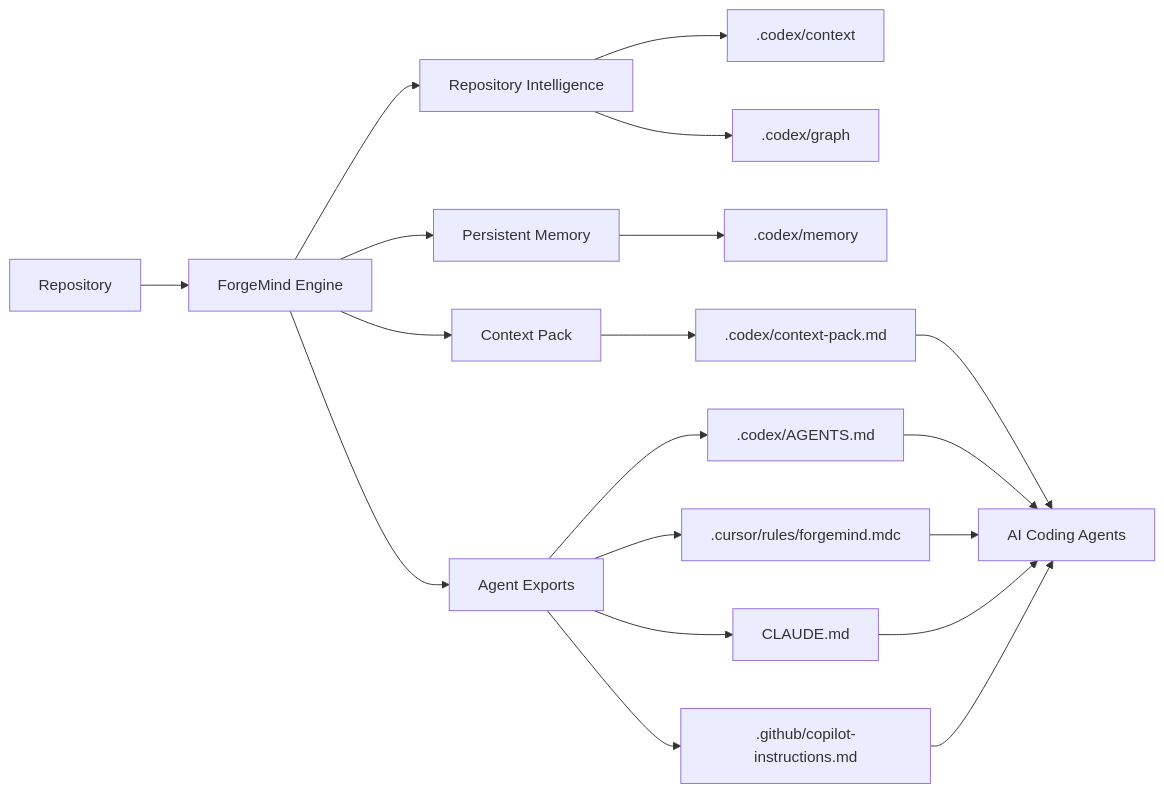
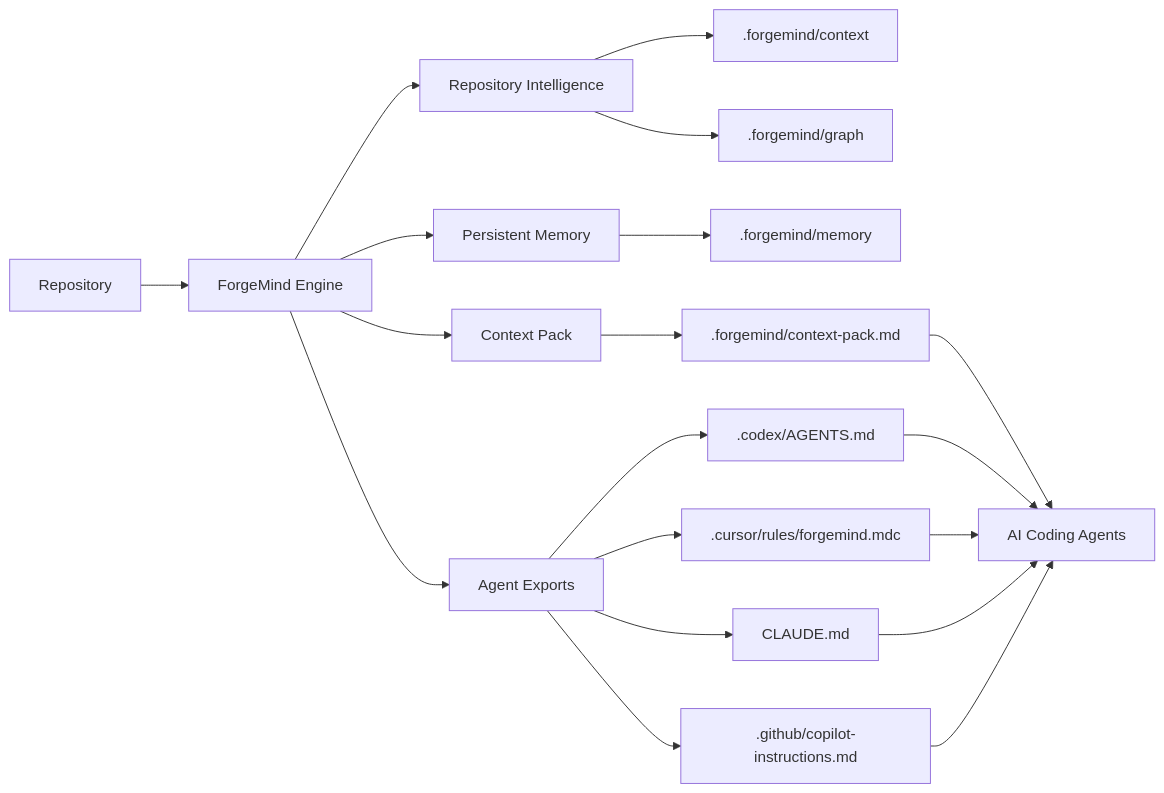
One commit to thamizharasan/ForgeMind changed the third of 3 diagrams in README.md. Above: the diagram before and after it, drawn with Mermaid. The commit also changed other lines of this file and 30 other files, not shown here.

Commit message:
Cleaned migration from codex-context-init to forgemind storage

````diff
--- a/README.md
+++ b/README.md
@@ -76,21 +76,21 @@
 ```mermaid
 flowchart LR
     A[Repository] --> B[ForgeMind Engine]
     B --> C[Repository Intelligence]
-    C --> D[.codex/context]
-    C --> E[.codex/graph]
+    C --> D[.forgemind/context]
+    C --> E[.forgemind/graph]
     B --> F[Persistent Memory]
-    F --> G[.codex/memory]
+    F --> G[.forgemind/memory]
     B --> H[Context Pack]
-    H --> I[.codex/context-pack.md]
+    H --> I[.forgemind/context-pack.md]
     B --> J[Agent Exports]
     J --> K[.codex/AGENTS.md]
     J --> L[.cursor/rules/forgemind.mdc]
     J --> M[CLAUDE.md]
     J --> N[.github/copilot-instructions.md]
     I --> O[AI Coding Agents]
     K --> O
     L --> O
     M --> O
     N --> O
 ```
````
